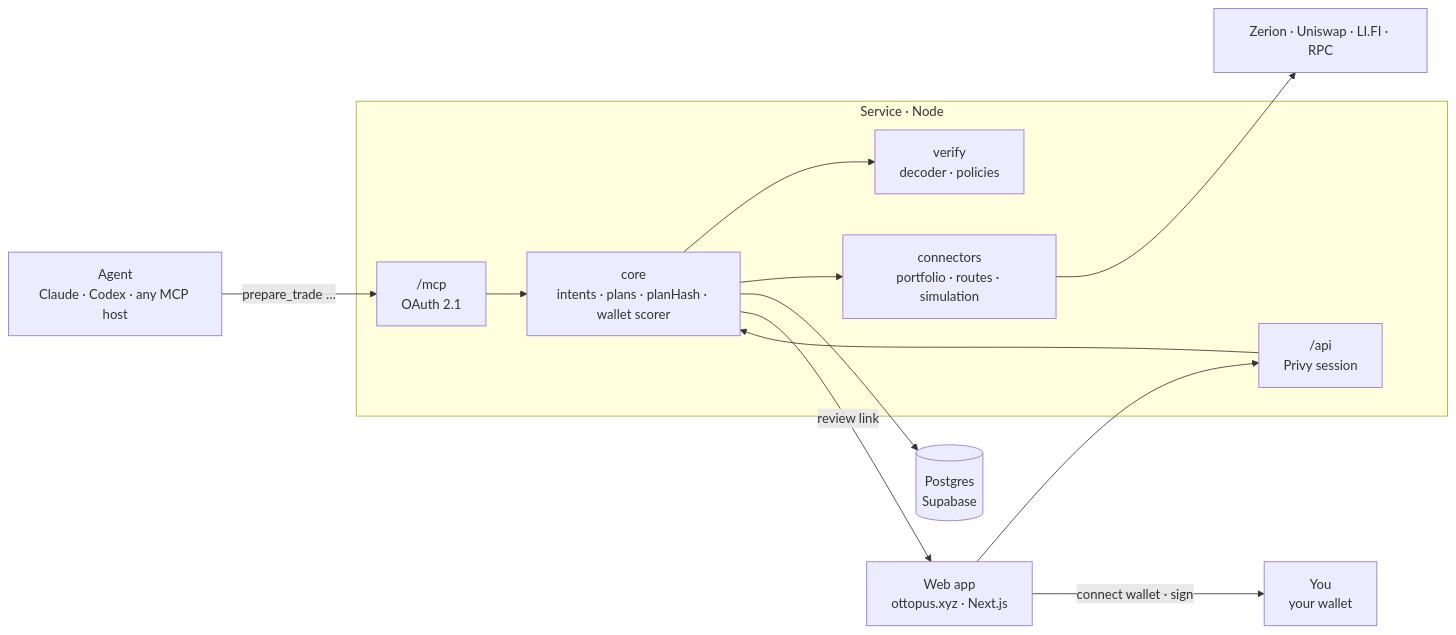
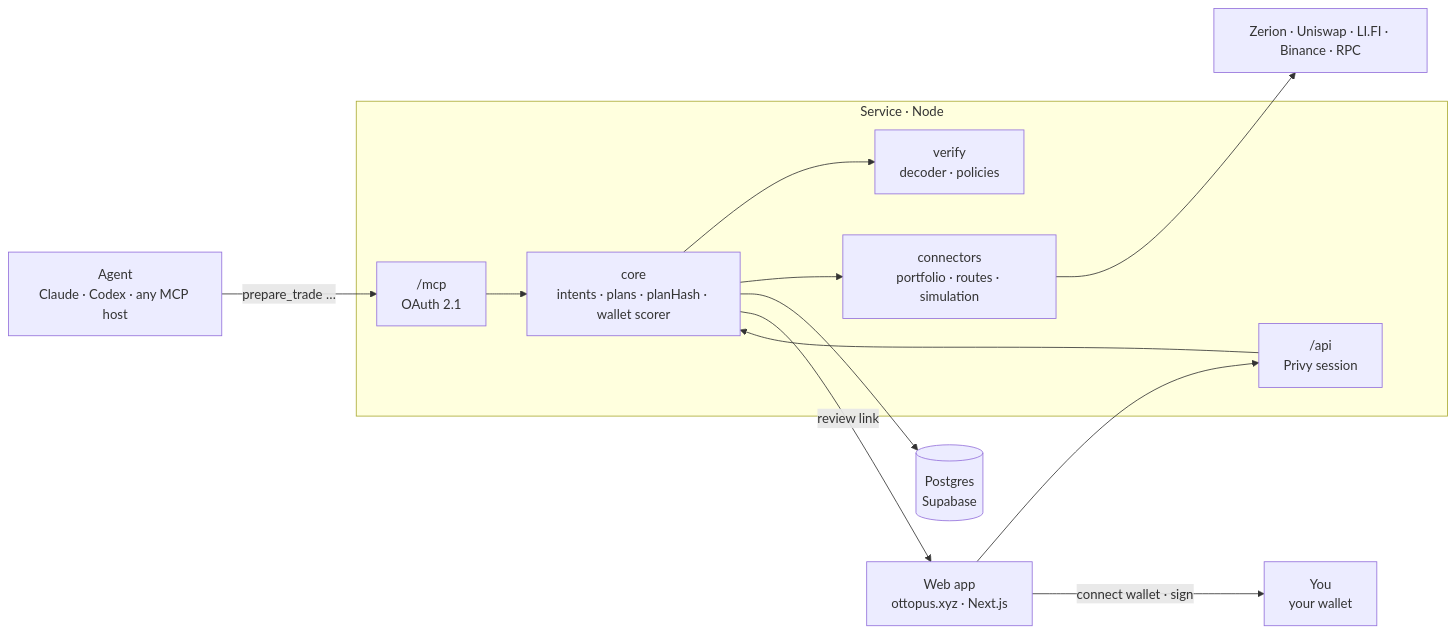
The diagram in README.md (ottopusxyz/ottopus), drawn with Mermaid before and after one commit. The commit also changed other lines of this file, not shown here.

````diff
--- a/README.md
+++ b/README.md
@@ -66,28 +66,28 @@
 ```mermaid
 flowchart LR
     Agent["Agent<br/>Claude · Codex · any MCP host"]
     Web["Web app<br/>ottopus.xyz · Next.js"]
     You["You<br/>your wallet"]
 
     subgraph Service["Service · Node"]
         MCP["/mcp<br/>OAuth 2.1"]
         API["/api<br/>Privy session"]
         Core["core<br/>intents · plans · planHash · wallet scorer"]
         Verify["verify<br/>decoder · policies"]
         Connectors["connectors<br/>portfolio · routes · simulation"]
     end
 
     DB[("Postgres<br/>Supabase")]
-    Vendors["Zerion · Uniswap · LI.FI · RPC"]
+    Vendors["Zerion · Uniswap · LI.FI · Binance · RPC"]
 
     Agent -- "prepare_trade …" --> MCP
     Web --> API
     MCP --> Core
     API --> Core
     Core --> Verify
     Core --> Connectors
     Connectors --> Vendors
     Core --> DB
     Core -- "review link" --> Web
     Web -- "connect wallet · sign" --> You
 ```
````
